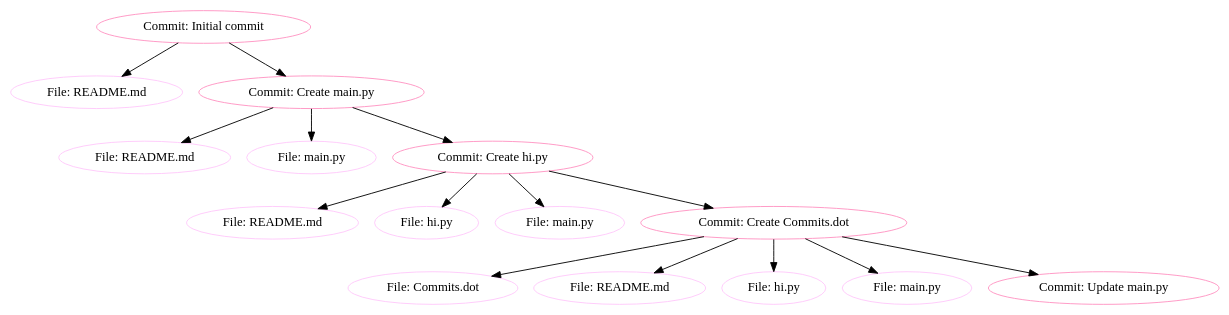
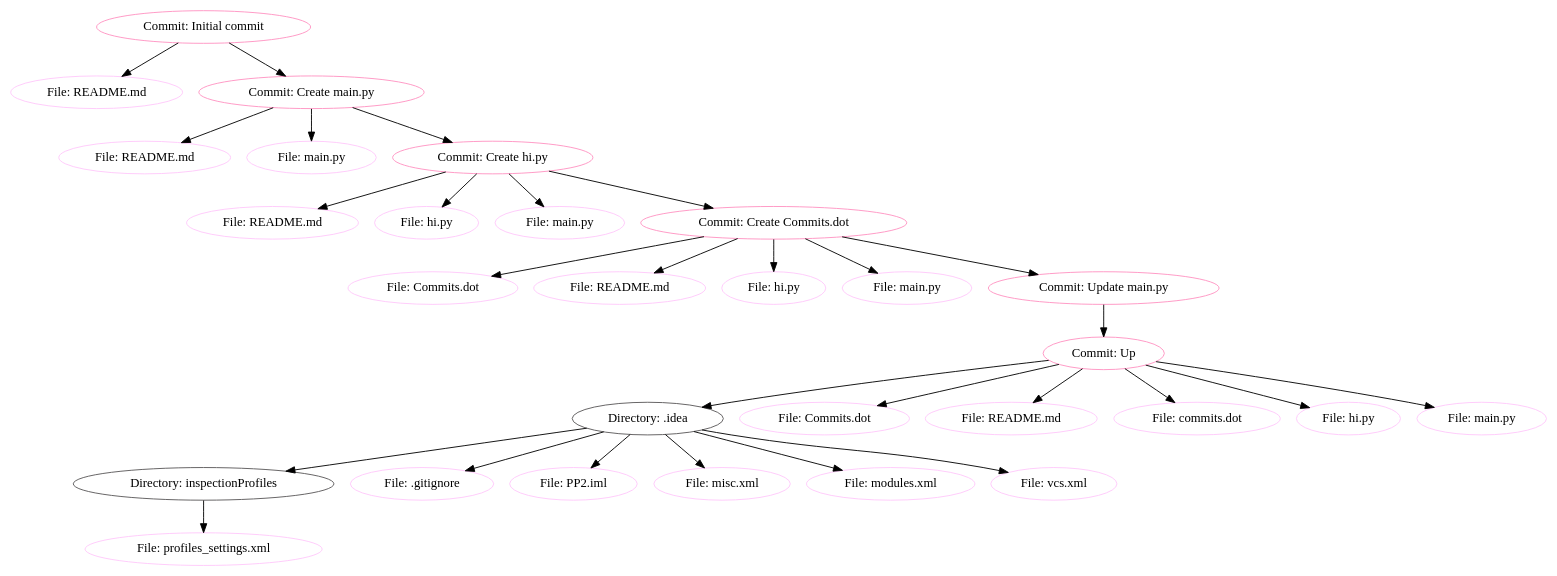
Before and after one commit to Alexzaz/PP2: the diagram in commits.dot, drawn with Graphviz.

```diff
--- a/commits.dot
+++ b/commits.dot
@@ -1,31 +1,59 @@
 digraph Commits {
   0[label="Commit: Initial commit", color="#ff92c2"]
   1[label="File: README.md", color="#FFC8FB"]
   2[label="Commit: Create main.py", color="#ff92c2"]
   3[label="File: README.md", color="#FFC8FB"]
   4[label="File: main.py", color="#FFC8FB"]
   5[label="Commit: Create hi.py", color="#ff92c2"]
   6[label="File: README.md", color="#FFC8FB"]
   7[label="File: hi.py", color="#FFC8FB"]
   8[label="File: main.py", color="#FFC8FB"]
   9[label="Commit: Create Commits.dot", color="#ff92c2"]
   10[label="File: Commits.dot", color="#FFC8FB"]
   11[label="File: README.md", color="#FFC8FB"]
   12[label="File: hi.py", color="#FFC8FB"]
   13[label="File: main.py", color="#FFC8FB"]
   14[label="Commit: Update main.py", color="#ff92c2"]
+  15[label="Commit: Up", color="#ff92c2"]
+  16[label="Directory: .idea", color="#595758"]
+  17[label="Directory: inspectionProfiles", color="#595758"]
+  18[label="File: profiles_settings.xml", color="#FFC8FB"]
+  19[label="File: .gitignore", color="#FFC8FB"]
+  20[label="File: PP2.iml", color="#FFC8FB"]
+  21[label="File: misc.xml", color="#FFC8FB"]
+  22[label="File: modules.xml", color="#FFC8FB"]
+  23[label="File: vcs.xml", color="#FFC8FB"]
+  24[label="File: Commits.dot", color="#FFC8FB"]
+  25[label="File: README.md", color="#FFC8FB"]
+  26[label="File: commits.dot", color="#FFC8FB"]
+  27[label="File: hi.py", color="#FFC8FB"]
+  28[label="File: main.py", color="#FFC8FB"]
   0 -> 1
   0 -> 2
   2 -> 3
   2 -> 4
   2 -> 5
   5 -> 6
   5 -> 7
   5 -> 8
   5 -> 9
   9 -> 10
   9 -> 11
   9 -> 12
   9 -> 13
   9 -> 14
+  14 -> 15
+  15 -> 16
+  16 -> 17
+  17 -> 18
+  16 -> 19
+  16 -> 20
+  16 -> 21
+  16 -> 22
+  16 -> 23
+  15 -> 24
+  15 -> 25
+  15 -> 26
+  15 -> 27
+  15 -> 28
 }
```
